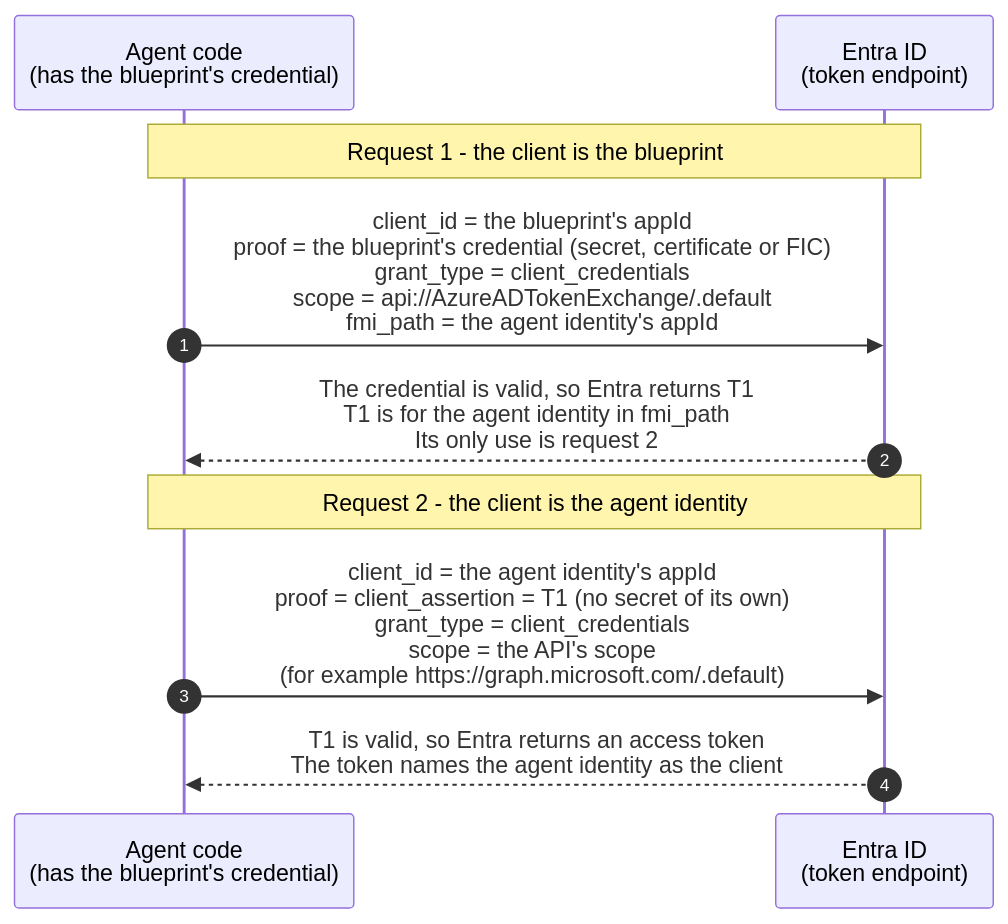
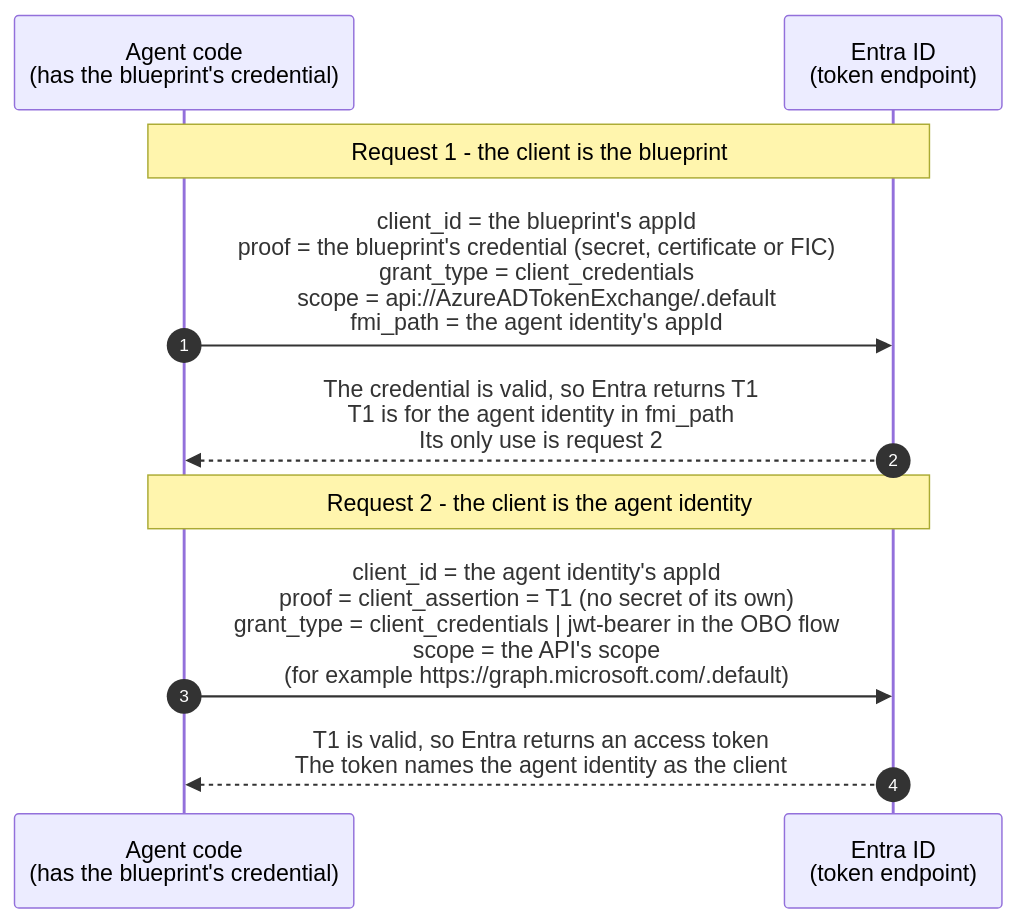
Before and after one commit to alireza-mpr/agent-steward: the diagram in GLOSSARY.md, drawn with Mermaid.

Commit message:
docs(glossary): show the OBO grant type in the request 2 diagram

````diff
--- a/GLOSSARY.md
+++ b/GLOSSARY.md
@@ -105,14 +105,14 @@
 ```mermaid
 sequenceDiagram
     autonumber
     participant Code as Agent code<br/>(has the blueprint's credential)
     participant Entra as Entra ID<br/>(token endpoint)
 
     Note over Code,Entra: Request 1 - the client is the blueprint
     Code->>Entra: client_id = the blueprint's appId<br/>proof = the blueprint's credential (secret, certificate or FIC)<br/>grant_type = client_credentials<br/>scope = api://AzureADTokenExchange/.default<br/>fmi_path = the agent identity's appId
     Entra-->>Code: The credential is valid, so Entra returns T1<br/>T1 is for the agent identity in fmi_path<br/>Its only use is request 2
 
     Note over Code,Entra: Request 2 - the client is the agent identity
-    Code->>Entra: client_id = the agent identity's appId<br/>proof = client_assertion = T1 (no secret of its own)<br/>grant_type = client_credentials<br/>scope = the API's scope<br/>(for example https://graph.microsoft.com/.default)
+    Code->>Entra: client_id = the agent identity's appId<br/>proof = client_assertion = T1 (no secret of its own)<br/>grant_type = client_credentials | jwt-bearer in the OBO flow<br/>scope = the API's scope<br/>(for example https://graph.microsoft.com/.default)
     Entra-->>Code: T1 is valid, so Entra returns an access token<br/>The token names the agent identity as the client
 ```
````
